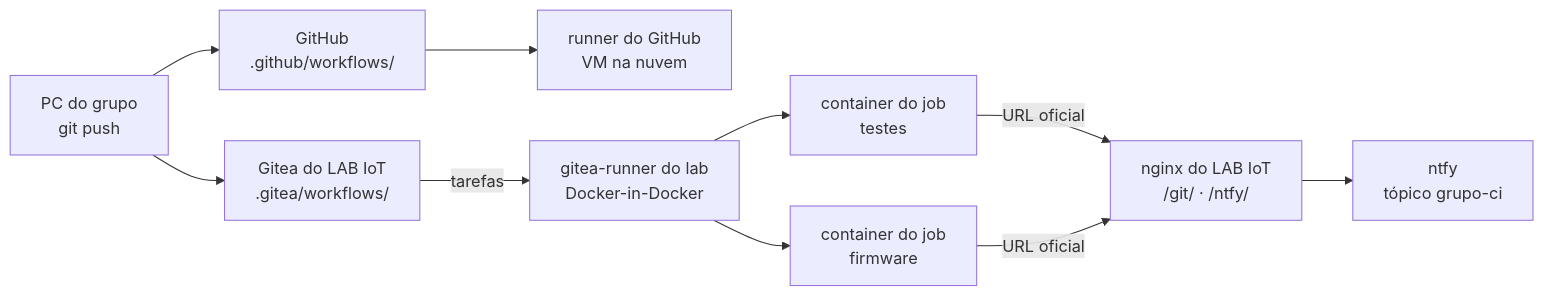
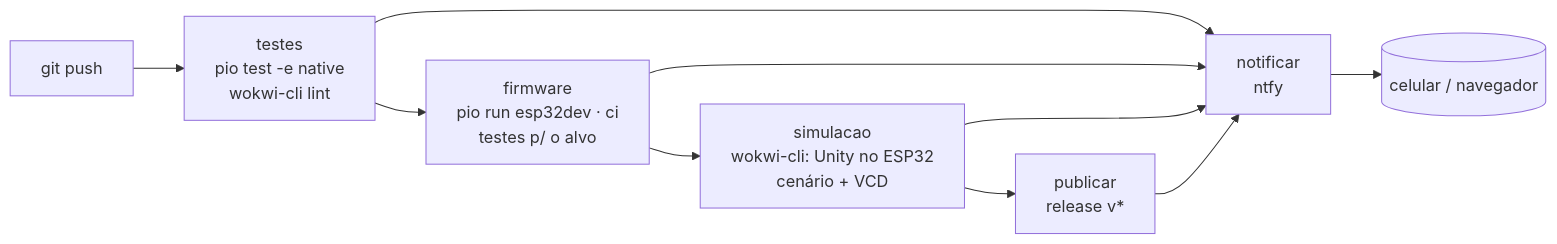
Before and after one commit to ruseleredu/iiot-docs: the diagram in labs-docs/LAB11.mdx, drawn with Mermaid. The commit also changed other lines of this file and 12 other files, not shown here.

````diff
--- a/labs-docs/LAB11.mdx
+++ b/labs-docs/LAB11.mdx
@@ -46,12 +46,9 @@
 ```mermaid
 flowchart LR
-  PC["PC do grupo<br/>git push"] --> GH["GitHub<br/>.github/workflows/"]
-  PC --> GT["Gitea do LAB IoT<br/>.gitea/workflows/"]
-  GH --> RH["runner do GitHub<br/>VM na nuvem"]
-  GT -- "tarefas" --> R["gitea-runner do lab<br/>Docker-in-Docker"]
-  R --> J1["container do job<br/>testes"]
-  R --> J2["container do job<br/>firmware"]
-  J1 -- "URL oficial" --> NG["nginx do LAB IoT<br/>/git/ · /ntfy/"]
-  J2 -- "URL oficial" --> NG
-  NG --> N["ntfy<br/>tópico grupo-ci"]
+  P[git push] --> T[testes<br/>pio test -e native<br/>wokwi-cli lint]
+  T --> F[firmware<br/>pio run esp32dev · ci<br/>testes p/ o alvo]
+  F --> S[simulacao<br/>wokwi-cli: Unity no ESP32<br/>cenário + VCD]
+  S --> R[publicar<br/>release v*]
+  T & F & S & R --> N[notificar<br/>ntfy]
+  N --> C[(celular / navegador)]
 ```
````
